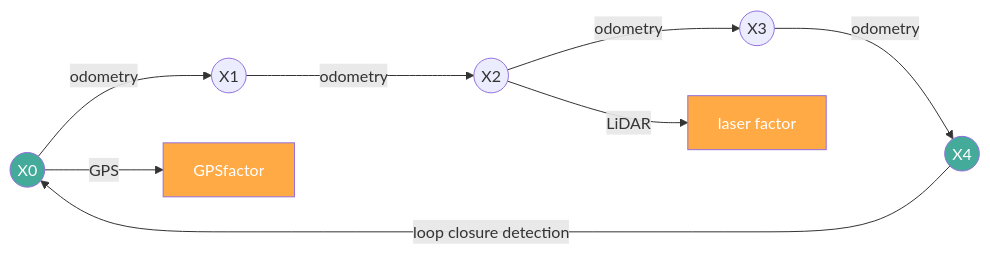
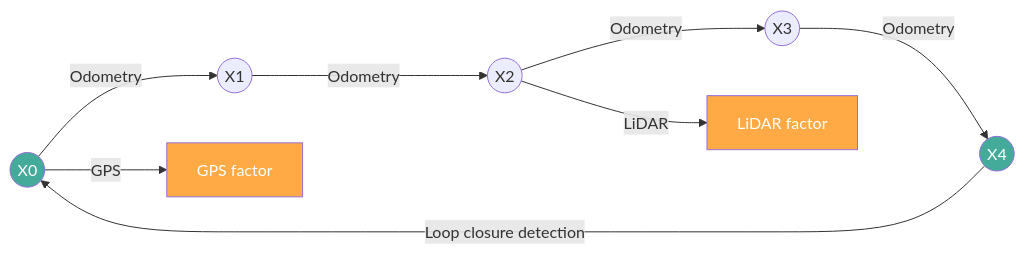
One commit to TingdeLiu/tingdeliu.github.io changed diagram 11 of 18 in _translations/en/research/Robot-Navigation-Survey.md. Above: the diagram before and after it, drawn with Mermaid. The commit also changed other lines of this file and 51 other files, not shown here.

````diff
--- a/_translations/en/research/Robot-Navigation-Survey.md
+++ b/_translations/en/research/Robot-Navigation-Survey.md
@@ -1067,14 +1067,14 @@
 ```mermaid
 graph LR
-    X0((X0)) -->| odometry | X1((X1))
-    X1 -->| odometry | X2((X2))
-    X2 -->| odometry | X3((X3))
-    X3 -->| odometry | X4((X4))
-    X4 -->| loop closure detection | X0
-    X0 -->|GPS| G0["GPSfactor"]
-    X2 -->|LiDAR| L0["laser factor"]
+    X0((X0)) -->|Odometry| X1((X1))
+    X1 -->|Odometry| X2((X2))
+    X2 -->|Odometry| X3((X3))
+    X3 -->|Odometry| X4((X4))
+    X4 -->|Loop closure detection| X0
+    X0 -->|GPS| G0["GPS factor"]
+    X2 -->|LiDAR| L0["LiDAR factor"]
     style X0 fill:#4a9,color:#fff
     style X4 fill:#4a9,color:#fff
     style G0 fill:#fa4,color:#fff
     style L0 fill:#fa4,color:#fff
 ```
````
